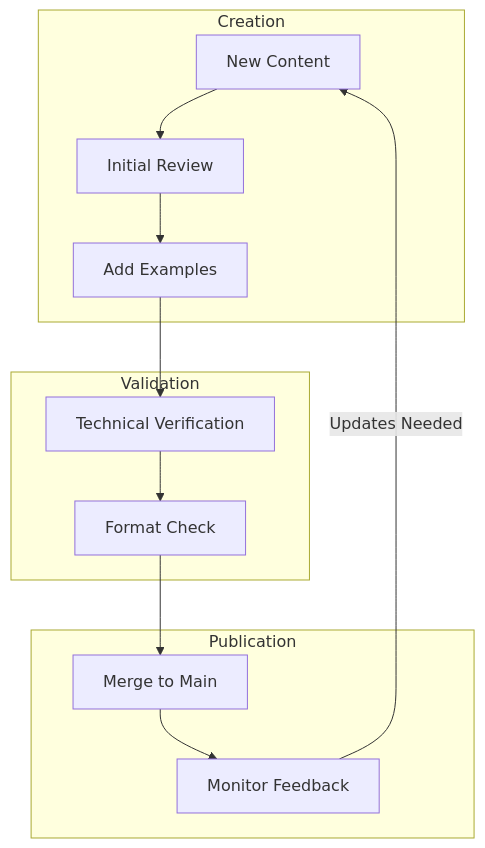
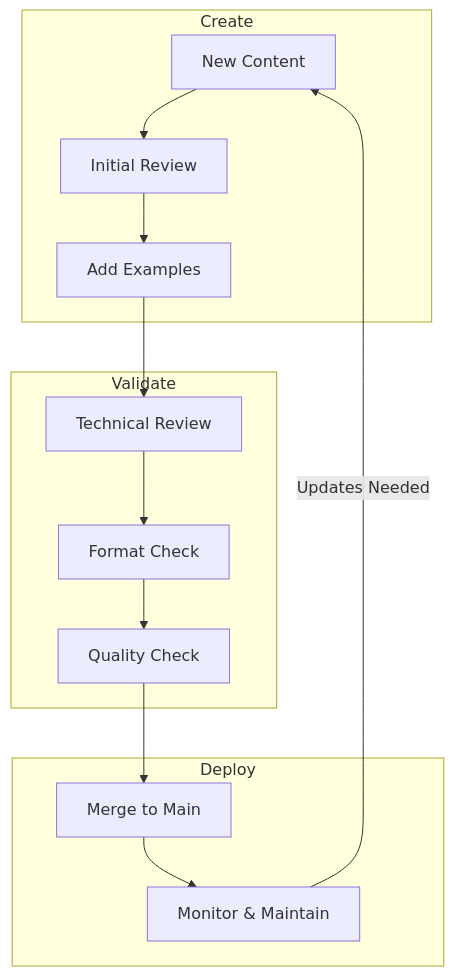
One commit to timbuchinger/project-requirements changed the second of 3 diagrams in memory-bank/systemPatterns.md. Above: the diagram before and after it, drawn with Mermaid. The commit also changed other lines of this file and 5 other files, not shown here.

````diff
--- a/memory-bank/systemPatterns.md
+++ b/memory-bank/systemPatterns.md
@@ -71,19 +71,20 @@
 ```mermaid
 flowchart TD
-    subgraph Creation
+    subgraph Create
         New[New Content] --> Review1[Initial Review]
         Review1 --> Examples[Add Examples]
     end
 
-    subgraph Validation
-        Examples --> Verify[Technical Verification]
-        Verify --> Format[Format Check]
+    subgraph Validate
+        Examples --> Tech[Technical Review]
+        Tech --> Format[Format Check]
+        Format --> Quality[Quality Check]
     end
 
-    subgraph Publication
-        Format --> Merge[Merge to Main]
-        Merge --> Monitor[Monitor Feedback]
+    subgraph Deploy
+        Quality --> Merge[Merge to Main]
+        Merge --> Monitor[Monitor & Maintain]
     end
 
     Monitor -->|Updates Needed| New
 ```
````
